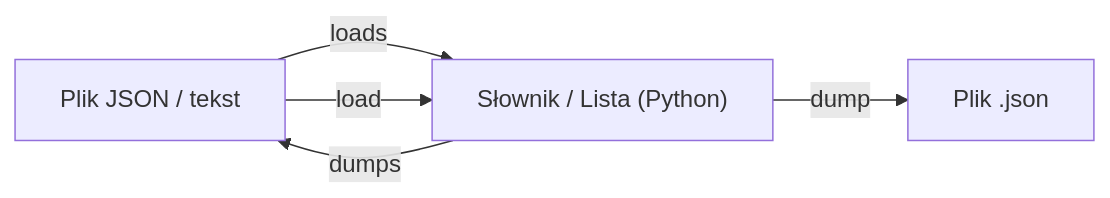
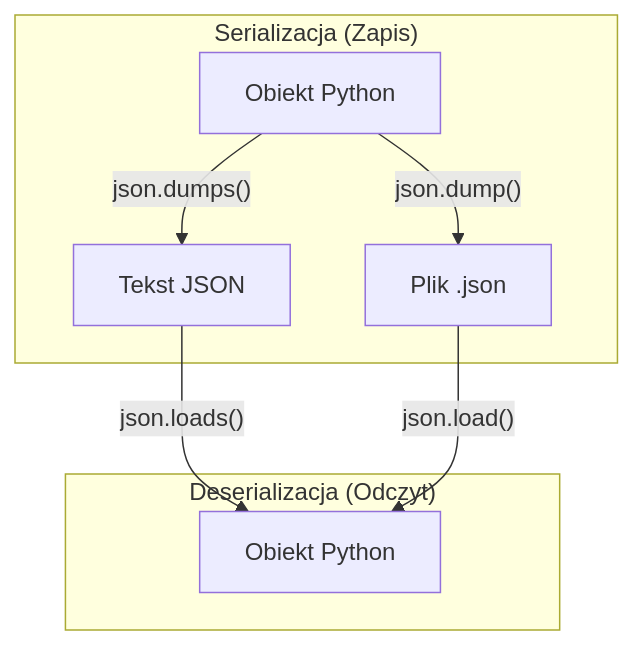
Before and after one commit to zacniewski/materials-about-markup-and-scripting-languages: the first of 2 diagrams in lectures/wyklad12.md, drawn with Mermaid. The commit also changed other lines of this file and 1 other file, not shown here.

````diff
--- a/lectures/wyklad12.md
+++ b/lectures/wyklad12.md
@@ -19,7 +47,11 @@
 ```mermaid
-graph LR
-    A["Plik JSON / tekst"] -- loads --> B["Słownik / Lista (Python)"]
-    B -- dumps --> A
-    B -- dump --> C["Plik .json"]
-    A -- load --> B
+graph TD
+    subgraph "Serializacja (Zapis)"
+        P[Obiekt Python] -- "json.dumps()" --> TS[Tekst JSON]
+        P -- "json.dump()" --> F[Plik .json]
+    end
+    subgraph "Deserializacja (Odczyt)"
+        TS -- "json.loads()" --> P2[Obiekt Python]
+        F -- "json.load()" --> P2
+    end
 ```
````
